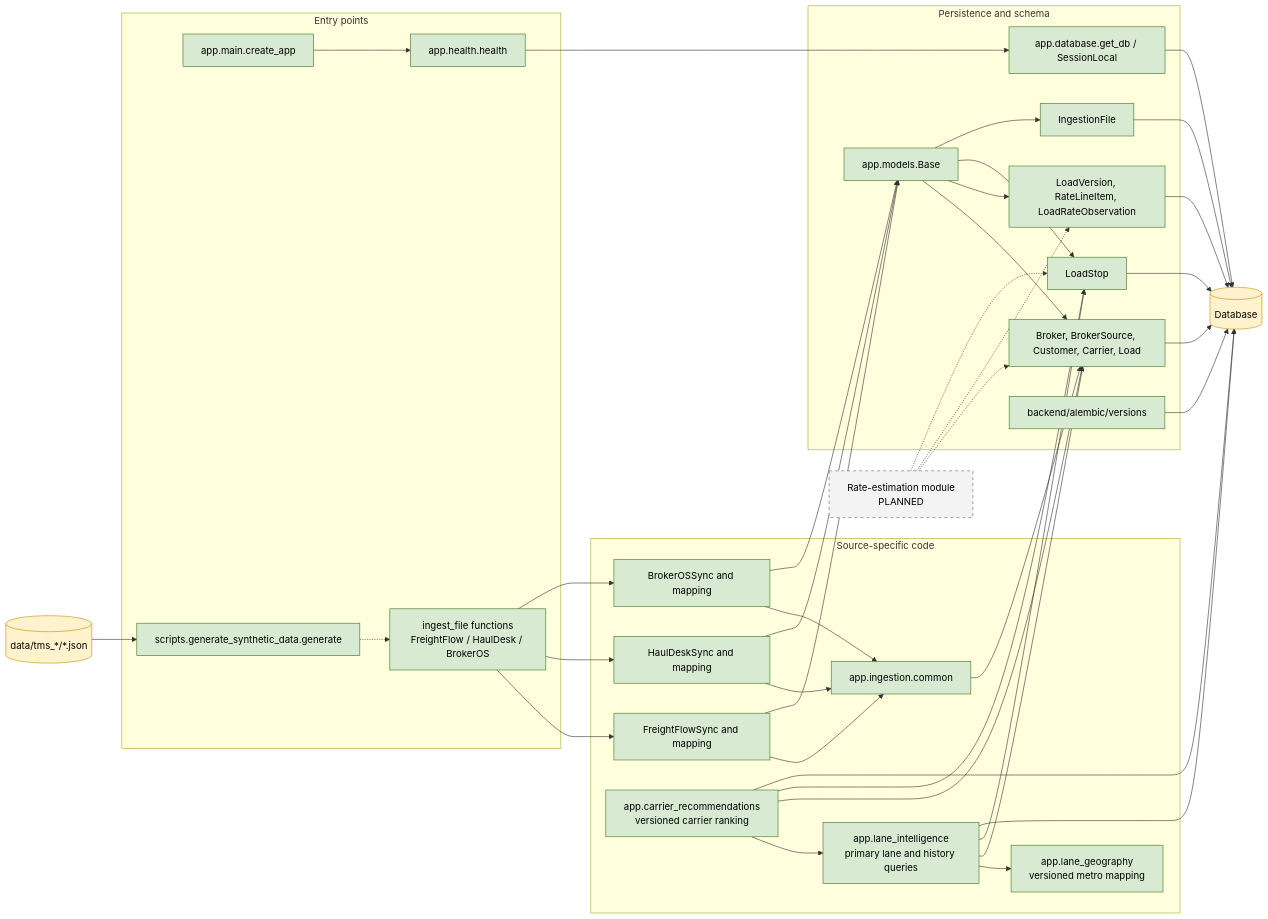
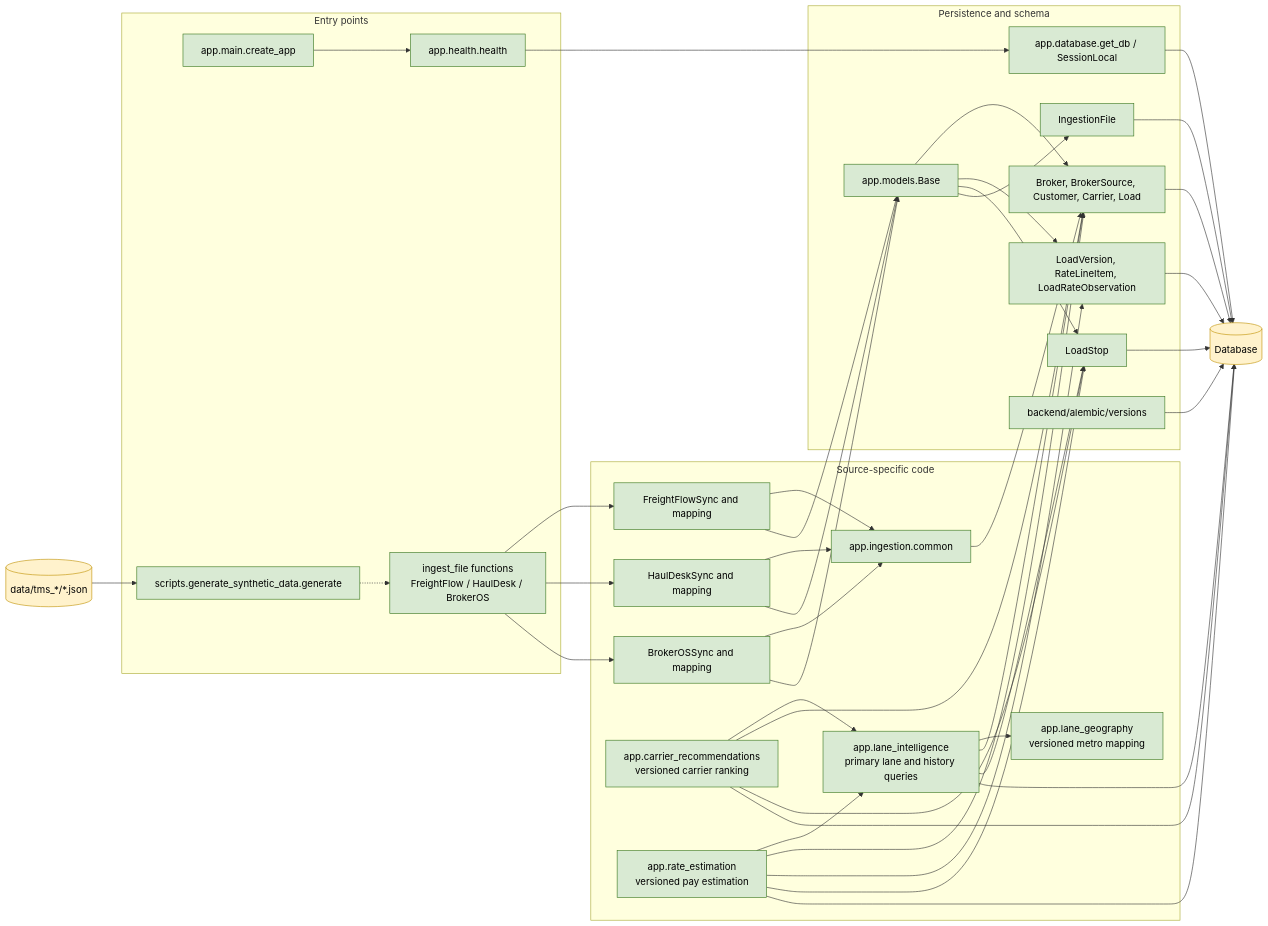
Before and after one commit to thetonyweapon/carrier-pool: the diagram in openspec/architecture/code.md, drawn with Mermaid. The commit also changed other lines of this file and 97 other files, not shown here.

Commit message:
feat: add Carrier Rate Estimation v1 service and endpoint (#23)

````diff
--- a/openspec/architecture/code.md
+++ b/openspec/architecture/code.md
@@ -9,76 +9,77 @@
 ```mermaid
 flowchart LR
     subgraph entry[Entry points]
         create[app.main.create_app]
         health[app.health.health]
         ingest[ingest_file functions\nFreightFlow / HaulDesk / BrokerOS]
         generate[scripts.generate_synthetic_data.generate]
     end
 
     subgraph persistence[Persistence and schema]
         session[app.database.get_db / SessionLocal]
         base[app.models.Base]
         entities[Broker, BrokerSource, Customer, Carrier, Load]
         history[LoadVersion, RateLineItem, LoadRateObservation]
         stops[LoadStop]
         files[IngestionFile]
         migrations[backend/alembic/versions]
     end
 
     subgraph source[Source-specific code]
         shared[app.ingestion.common]
         freight[FreightFlowSync and mapping]
         haul[HaulDeskSync and mapping]
         broker[BrokerOSSync and mapping]
         geography[app.lane_geography\nversioned metro mapping]
         lanes[app.lane_intelligence\nprimary lane and history queries]
         recommendations[app.carrier_recommendations\nversioned carrier ranking]
+        estimation[app.rate_estimation\nversioned pay estimation]
     end
 
-        future[Rate-estimation module\nPLANNED]
     database[(Database)]
     raw[(data/tms_*/*.json)]
 
     create --> health
     health --> session
     session --> database
     ingest --> freight
     ingest --> haul
     ingest --> broker
     freight --> shared
     haul --> shared
     broker --> shared
     lanes --> geography
     lanes --> entities
     lanes --> stops
     lanes --> database
     recommendations --> lanes
     recommendations --> entities
     recommendations --> stops
     recommendations --> database
+    estimation --> lanes
+    estimation --> entities
+    estimation --> history
+    estimation --> stops
+    estimation --> database
     freight --> base
     haul --> base
     broker --> base
     shared --> entities
     base --> entities
     base --> history
     base --> stops
     base --> files
     entities --> database
     history --> database
     stops --> database
     files --> database
     migrations --> database
     raw --> generate
     generate -.-> ingest
-    future -.-> entities
-    future -.-> history
-    future -.-> stops
 
     classDef delivered fill:#d9ead3,stroke:#38761d,color:#000;
     classDef planned fill:#f3f3f3,stroke:#666,color:#000,stroke-dasharray: 5 5;
     classDef external fill:#fff2cc,stroke:#bf9000,color:#000;
-    class create,health,session,base,entities,history,stops,files,migrations,shared,freight,haul,broker,geography,lanes,recommendations,ingest,generate delivered;
-    class future planned;
+    class create,health,session,base,entities,history,stops,files,migrations,shared,freight,haul,broker,geography,lanes,recommendations,estimation,ingest,generate delivered;
     class database,raw external;
 ```
````
